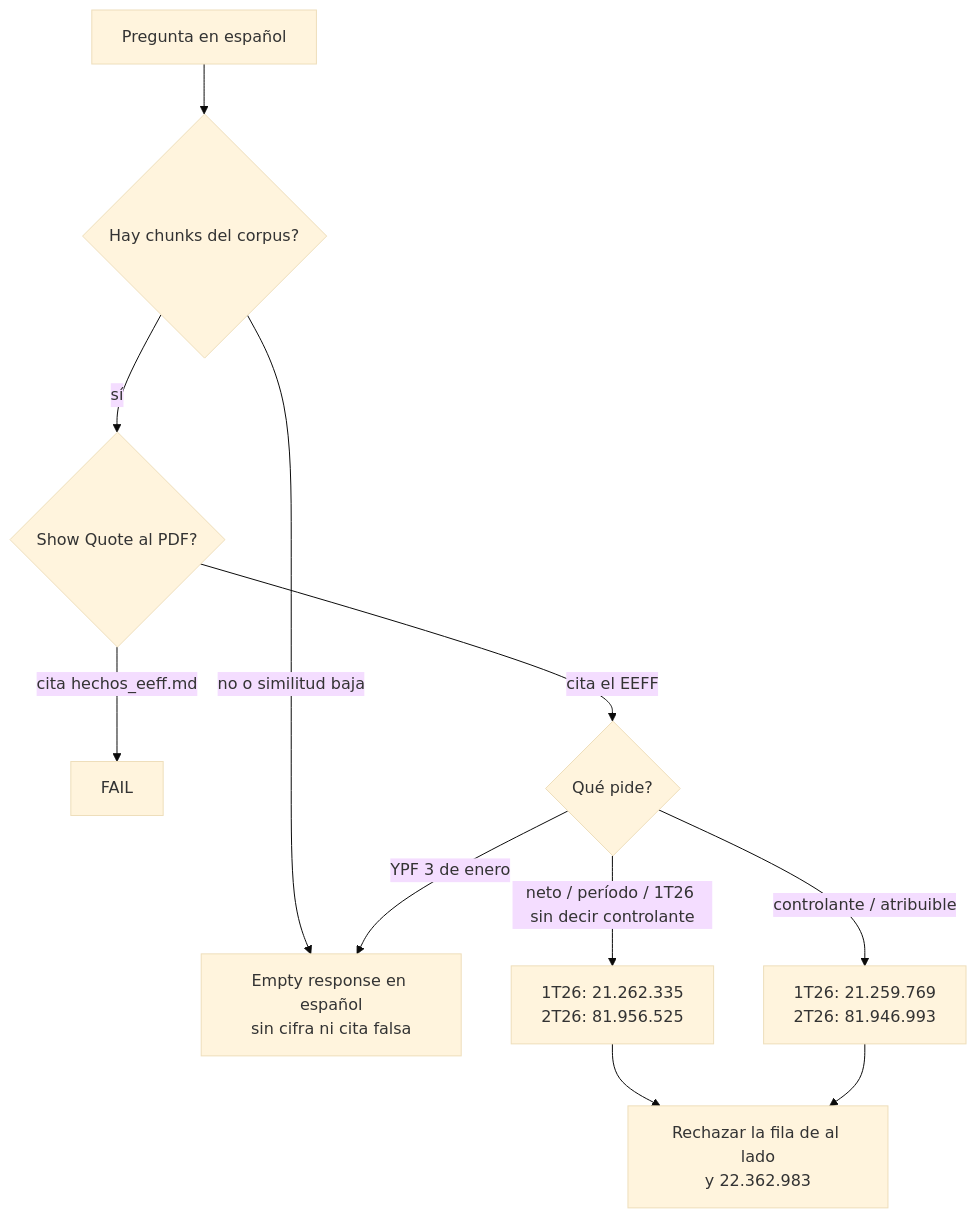
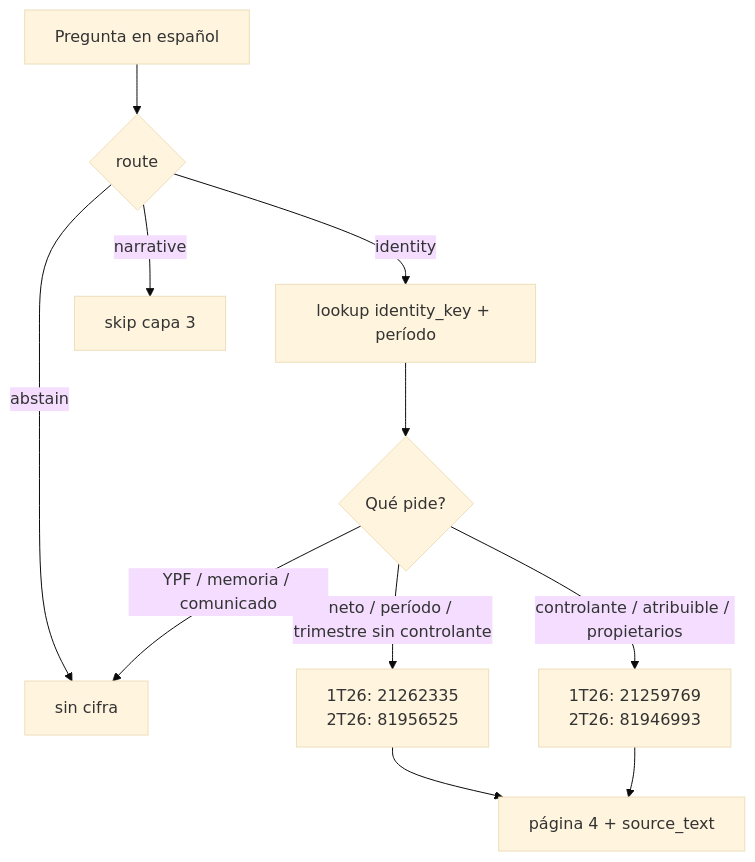
Before and after one commit to javi2481/LEDGERLENS: the second of 6 diagrams in docs/testing.md, drawn with Mermaid (base theme). The commit also changed other lines of this file and 25 other files, not shown here.

First line of the commit message:
Add an IDP extract-and-lookup kernel so identity evals skip RAGFlow.

````diff
--- a/docs/testing.md
+++ b/docs/testing.md
@@ -55,14 +52,14 @@
 ```mermaid
 flowchart TD
   Q[Pregunta en español]
-  Q --> E{Hay chunks del corpus?}
-  E -->|no o similitud baja| Empty[Empty response en español<br/>sin cifra ni cita falsa]
-  E -->|sí| Cita{Show Quote al PDF?}
-  Cita -->|cita hechos_eeff.md| FailCita[FAIL]
-  Cita -->|cita el EEFF| Tipo{Qué pide?}
-  Tipo -->|neto / período / 1T26 sin decir controlante| Cons[1T26: 21.262.335<br/>2T26: 81.956.525]
-  Tipo -->|controlante / atribuible| Ctrl[1T26: 21.259.769<br/>2T26: 81.946.993]
-  Tipo -->|YPF 3 de enero| Empty
-  Cons --> NoLado[Rechazar la fila de al lado<br/>y 22.362.983]
-  Ctrl --> NoLado
+  Q --> R{route}
+  R -->|identity| L[lookup identity_key + período]
+  R -->|abstain| A[sin cifra]
+  R -->|narrative| S[skip capa 3]
+  L --> Tipo{Qué pide?}
+  Tipo -->|neto / período / trimestre sin controlante| Cons[1T26: 21262335<br/>2T26: 81956525]
+  Tipo -->|controlante / atribuible / propietarios| Ctrl[1T26: 21259769<br/>2T26: 81946993]
+  Tipo -->|YPF / memoria / comunicado| A
+  Cons --> Ev[página 4 + source_text]
+  Ctrl --> Ev
 ```
````
